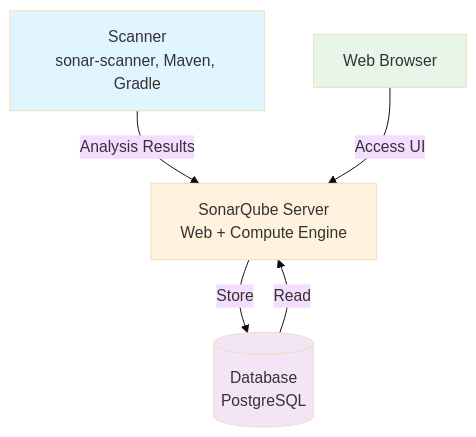
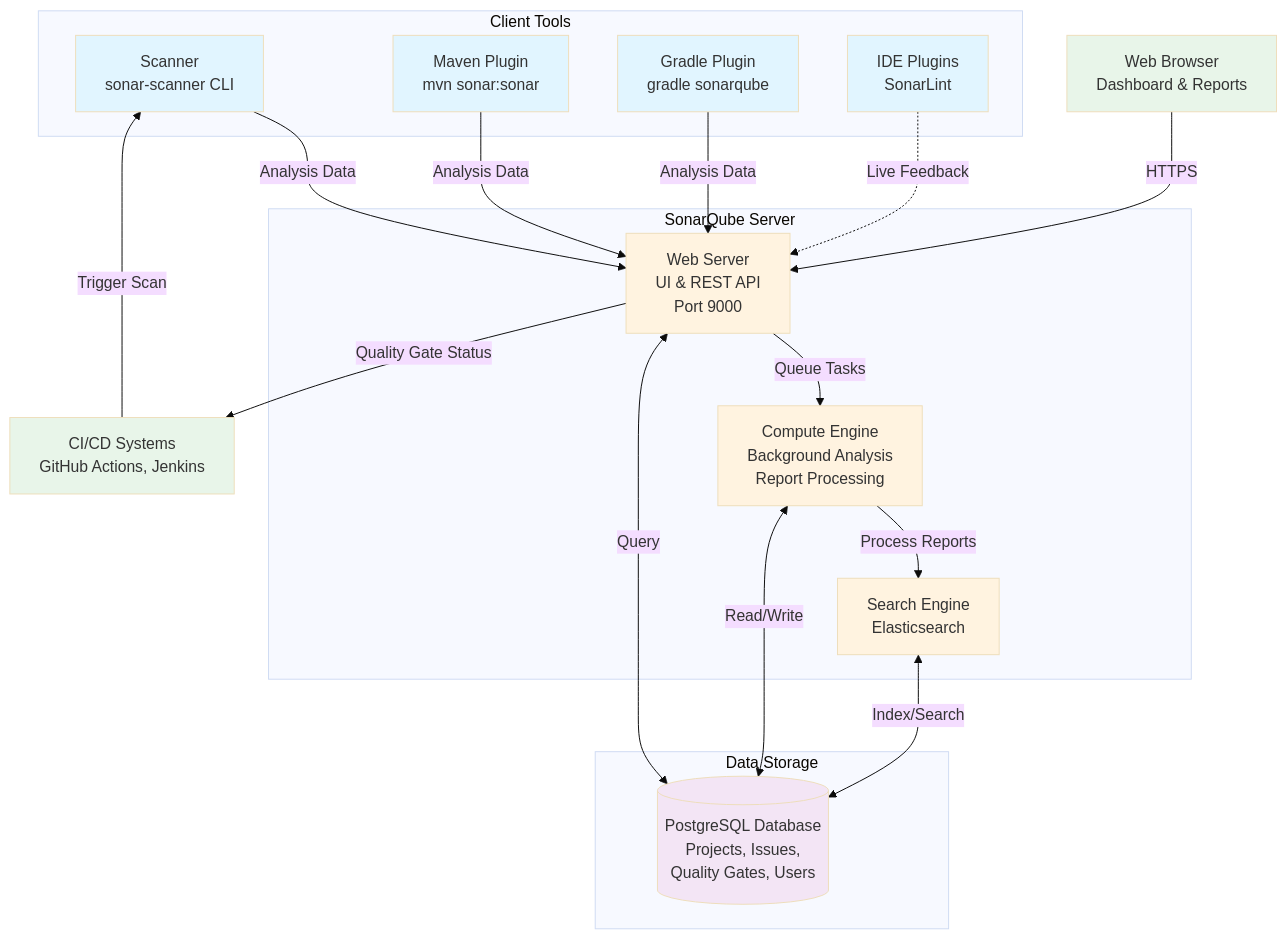
Before and after one commit to jeanparpaillon/tuto_devops_slides: the second of 6 diagrams in slides/pages/dev-sonarqube-xray.md, drawn with Mermaid (base theme). The commit also changed other lines of this file, not shown here.

````diff
--- a/slides/pages/dev-sonarqube-xray.md
+++ b/slides/pages/dev-sonarqube-xray.md
@@ -135,17 +135,48 @@
 ```mermaid
 flowchart TB
-    Scanner[Scanner<br/>sonar-scanner, Maven, Gradle]
-    Server[SonarQube Server<br/>Web + Compute Engine]
-    DB[(Database<br/>PostgreSQL)]
-    Browser[Web Browser]
+    subgraph Client["Client Tools"]
+        Scanner[Scanner<br/>sonar-scanner CLI]
+        Maven[Maven Plugin<br/>mvn sonar:sonar]
+        Gradle[Gradle Plugin<br/>gradle sonarqube]
+        IDE[IDE Plugins<br/>SonarLint]
+    end
     
-    Scanner -->|Analysis Results| Server
-    Server -->|Store| DB
-    DB -->|Read| Server
-    Browser -->|Access UI| Server
+    subgraph Server["SonarQube Server"]
+        WebServer[Web Server<br/>UI & REST API<br/>Port 9000]
+        CE[Compute Engine<br/>Background Analysis<br/>Report Processing]
+        ES[Search Engine<br/>Elasticsearch]
+    end
+    
+    subgraph Storage["Data Storage"]
+        DB[(PostgreSQL Database<br/>Projects, Issues,<br/>Quality Gates, Users)]
+    end
+    
+    Browser[Web Browser<br/>Dashboard & Reports]
+    CI[CI/CD Systems<br/>GitHub Actions, Jenkins]
+    
+    Scanner -->|Analysis Data| WebServer
+    Maven -->|Analysis Data| WebServer
+    Gradle -->|Analysis Data| WebServer
+    IDE -.->|Live Feedback| WebServer
+    CI -->|Trigger Scan| Scanner
+    
+    WebServer -->|Queue Tasks| CE
+    CE -->|Process Reports| ES
+    CE <-->|Read/Write| DB
+    WebServer <-->|Query| DB
+    ES <-->|Index/Search| DB
+    
+    Browser -->|HTTPS| WebServer
+    WebServer -->|Quality Gate Status| CI
     
     style Scanner fill:#e1f5ff
-    style Server fill:#fff3e0
+    style Maven fill:#e1f5ff
+    style Gradle fill:#e1f5ff
+    style IDE fill:#e1f5ff
+    style WebServer fill:#fff3e0
+    style CE fill:#fff3e0
+    style ES fill:#fff3e0
     style DB fill:#f3e5f5
     style Browser fill:#e8f5e9
+    style CI fill:#e8f5e9
 ```
````
